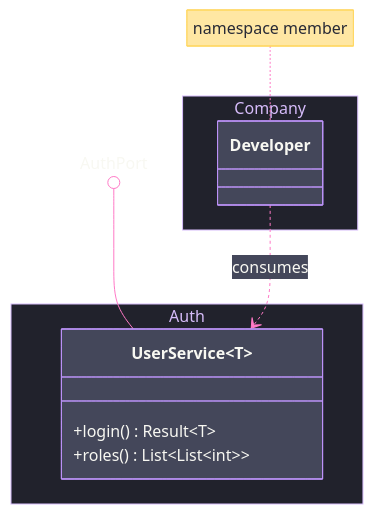
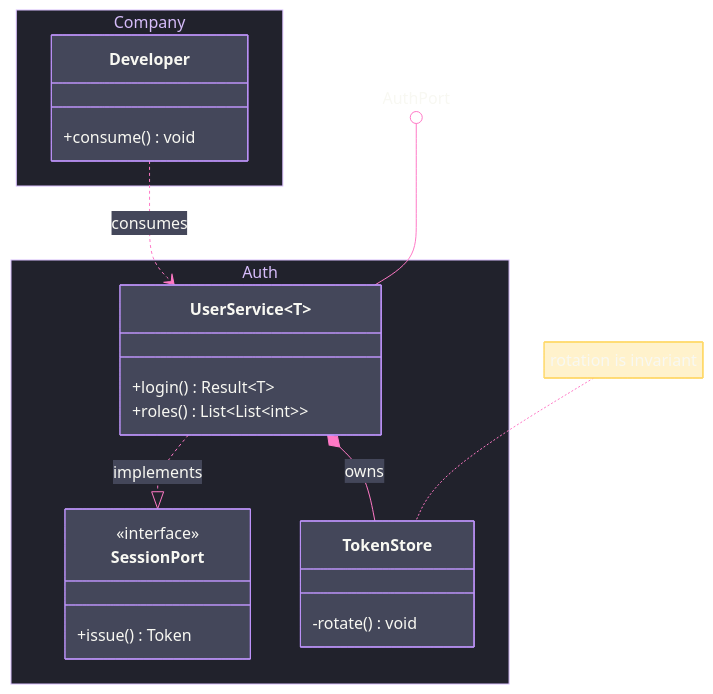
Before and after one commit to bsamiee/Rasm: the fourth of 5 diagrams in .claude/skills/mermaid-diagramming/references/syntax-core.md, drawn with Mermaid. The commit also changed other lines of this file and 56 other files, not shown here.

````diff
--- a/.claude/skills/mermaid-diagramming/references/syntax-core.md
+++ b/.claude/skills/mermaid-diagramming/references/syntax-core.md
@@ -182,44 +229,55 @@
 ```mermaid
 ---
 config:
   theme: base
   look: classic
   themeVariables:
     darkMode: true
     fontFamily: "SF Mono, Menlo, Cascadia Mono, Segoe UI Mono, Consolas, monospace"
     useGradient: false
     dropShadow: "none"
     background: "#282A36"
     primaryColor: "#44475A"
     primaryBorderColor: "#BD93F9"
     mainBkg: "#44475A"
     nodeBorder: "#BD93F9"
     lineColor: "#FF79C6"
     classText: "#F8F8F2"
     textColor: "#F8F8F2"
     titleColor: "#D6BCFA"
     clusterBkg: "#21222C"
     clusterBorder: "#D6BCFA"
     edgeLabelBackground: "#21222C"
     labelBackgroundColor: "#21222C"
-    noteBkgColor: "#FFD86699"
+    noteBkgColor: "#FFD86654"
     noteBorderColor: "#FFD866"
-    noteTextColor: "#282A36"
-  themeCSS: ".nodeLabel{font-size:13px;font-weight:500}.edgeLabel{font-size:12px;font-weight:500}.classTitle{font-size:13px;font-weight:600}.cluster-label .nodeLabel,.cluster-label text{font-size:12.5px;font-weight:600;letter-spacing:.08em}.noteLabel .nodeLabel{font-size:12px}.relation{stroke-width:2px}.edge-pattern-dashed,.edge-pattern-dotted{stroke-width:1.5px;stroke-dasharray:4 6}.divider{stroke-width:1px}.node rect,.node path{stroke-width:1.5px;filter:none!important}.cluster rect{stroke-width:1px!important;stroke-dasharray:5 4!important;filter:none!important}.marker path{transform:scale(.8);transform-origin:5px 5px}"
+    noteTextColor: "#F8F8F2"
+  themeCSS: ".nodeLabel{font-size:13px;font-weight:500}.edgeLabel{font-size:12px;font-weight:500}.classTitle{font-size:13px;font-weight:600}.cluster-label .nodeLabel,.cluster-label text{font-size:13.5px;font-weight:700;letter-spacing:.08em}.noteLabel .nodeLabel{font-size:12px}.relation{stroke-width:2px}.edge-pattern-dashed,.edge-pattern-dotted{stroke-width:1.5px;stroke-dasharray:4 6}.divider{stroke-width:1px}.node rect,.node path{stroke-width:1.5px;filter:none!important}.cluster rect{stroke-width:1px!important;stroke-dasharray:5 4!important;filter:none!important}.marker path{transform:scale(.8);transform-origin:5px 5px}"
 ---
 classDiagram
     accTitle: Namespace and generics demo
-    accDescr: A generic user service inside a namespace, consumed by a developer and exposed through a lollipop port.
+    accDescr: A generic user service implementing a session port inside its namespace, composing a token store, consumed by a developer through a lollipop interface.
     namespace Auth {
         class UserService~T~ {
             +login() Result~T~
             +roles() List~List~int~~
         }
+        class SessionPort {
+            <<interface>>
+            +issue() Token
+        }
+        class TokenStore {
+            -rotate() void
+        }
     }
     namespace Company {
-        class Developer
+        class Developer {
+            +consume() void
+        }
     }
+    UserService ..|> SessionPort : implements
+    UserService *-- TokenStore : owns
     AuthPort ()-- UserService
     Developer ..> UserService : consumes
-    note for Developer "namespace member"
+    note for TokenStore "rotation is invariant"
 ```
````
